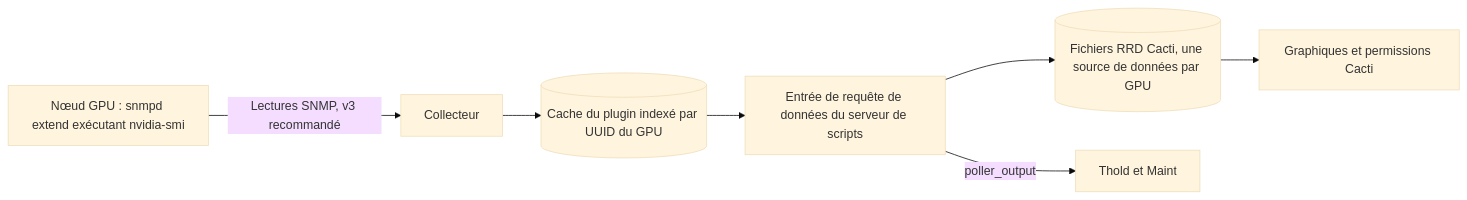
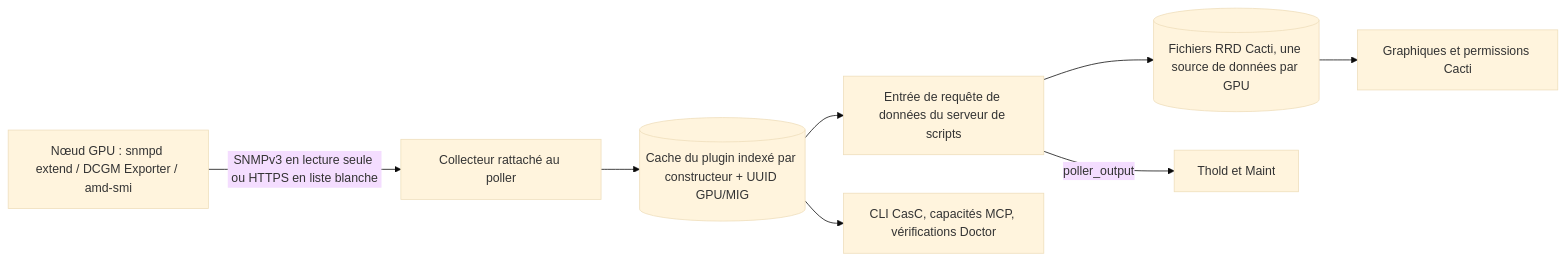
Before and after one commit to somethingwithproof/plugin_gpu: the diagram in docs/i18n/fr-FR/README.md, drawn with Mermaid (base theme). The commit also changed other lines of this file and 47 other files, not shown here.

````diff
--- a/docs/i18n/fr-FR/README.md
+++ b/docs/i18n/fr-FR/README.md
@@ -104,9 +104,10 @@
 ```mermaid
 flowchart LR
-    NODE[Nœud GPU : snmpd extend exécutant nvidia-smi] -->|Lectures SNMP, v3 recommandé| C[Collecteur]
-    C --> CACHE[(Cache du plugin indexé par UUID du GPU)]
+    NODE["Nœud GPU : snmpd extend / DCGM Exporter / amd-smi"] -->|"SNMPv3 en lecture seule ou HTTPS en liste blanche"| C[Collecteur rattaché au poller]
+    C --> CACHE[("Cache du plugin indexé par constructeur + UUID GPU/MIG")]
     CACHE --> SS[Entrée de requête de données du serveur de scripts]
+    CACHE --> ECO["CLI CasC, capacités MCP, vérifications Doctor"]
     SS --> RRD[(Fichiers RRD Cacti, une source de données par GPU)]
     SS -->|poller_output| T[Thold et Maint]
     RRD --> G[Graphiques et permissions Cacti]
 ```
````
